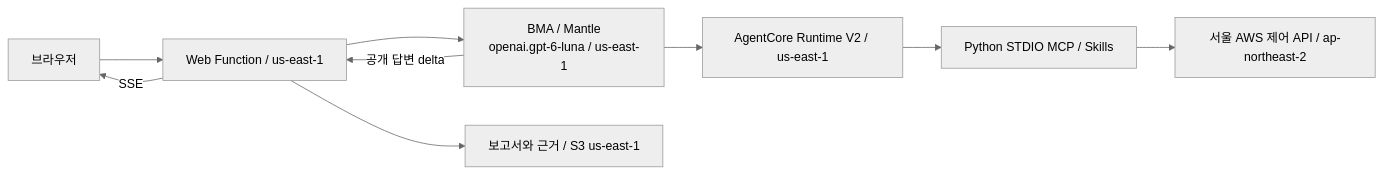
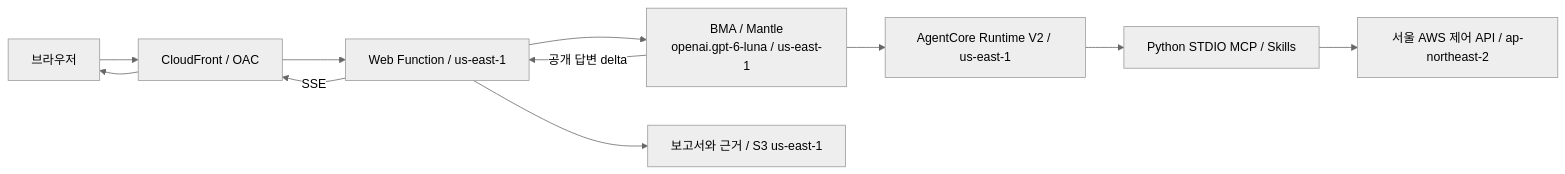
Before and after one commit to whchoi98/bma-openai: the diagram in docs/aws-deployment.md, drawn with Mermaid (neutral theme). The commit also changed other lines of this file and 38 other files, not shown here.

First line of the commit message:
feat: serve both Web Functions through CloudFront with Lambda Web OAC

````diff
--- a/docs/aws-deployment.md
+++ b/docs/aws-deployment.md
@@ -54,11 +60,13 @@
 ```mermaid
 flowchart LR
-  U[브라우저] --> W["Web Function / us-east-1"]
+  U[브라우저] --> CF["CloudFront / OAC"]
+  CF --> W["Web Function / us-east-1"]
   W --> B["BMA / Mantle<br/>openai.gpt-6-luna / us-east-1"]
   B --> R["AgentCore Runtime V2 / us-east-1"]
   R --> M["Python STDIO MCP / Skills"]
   M --> A["서울 AWS 제어 API / ap-northeast-2"]
   B -->|공개 답변 delta| W
-  W -->|SSE| U
+  W -->|SSE| CF
+  CF --> U
   W --> S["보고서와 근거 / S3 us-east-1"]
 ```
````
